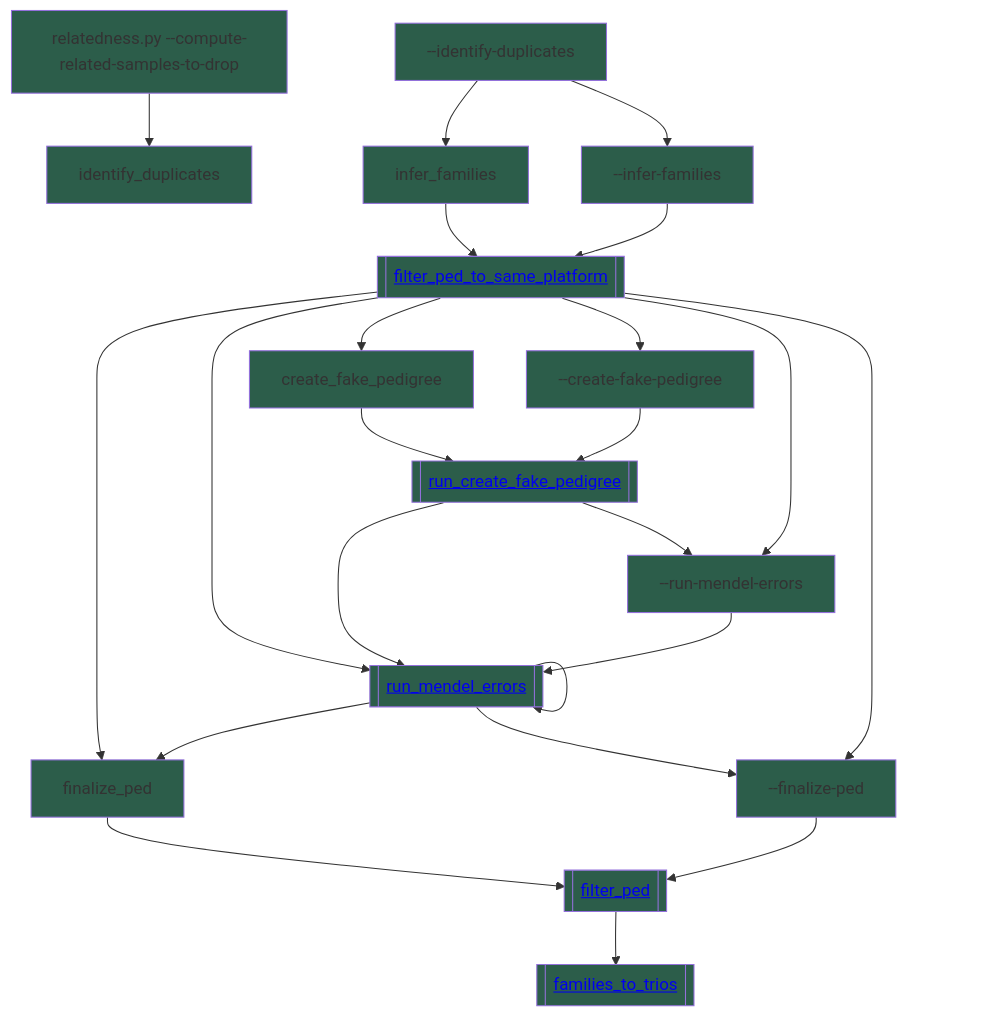
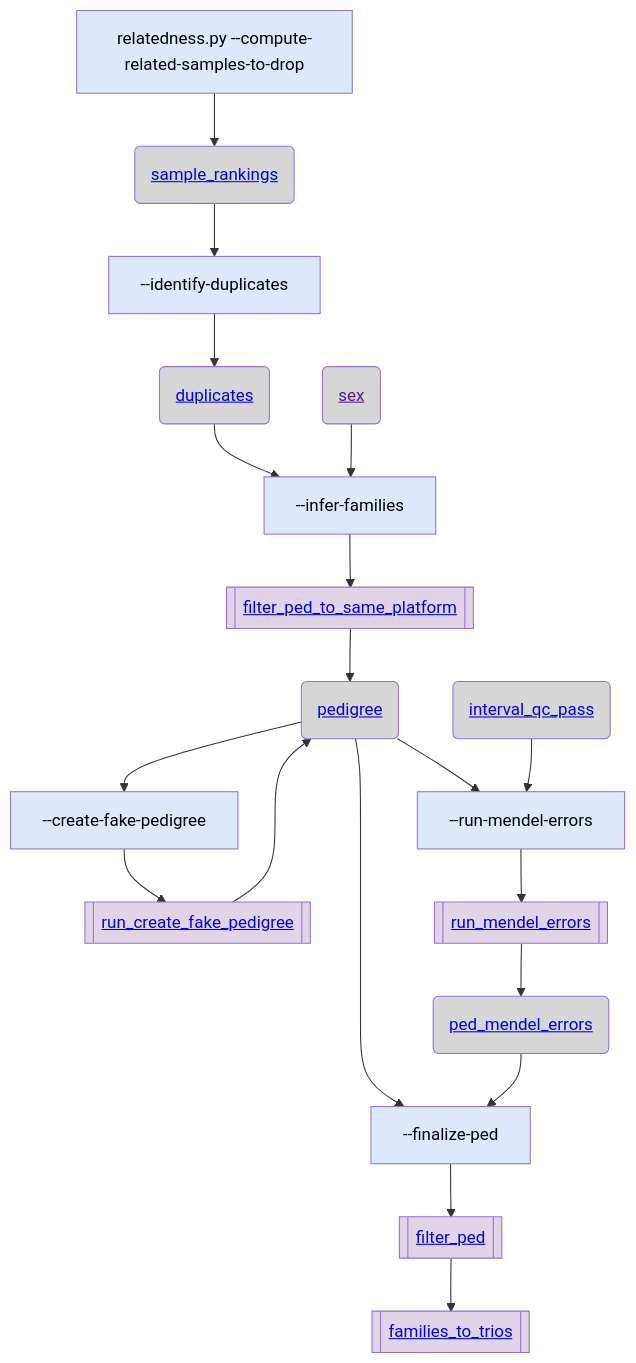
Before and after one commit to broadinstitute/gnomad_qc: the fourth of 4 diagrams in gnomad_qc/v4/sample_qc/README.md, drawn with Mermaid. The commit also changed other lines of this file and 6 other files, not shown here.

````diff
--- a/gnomad_qc/v4/sample_qc/README.md
+++ b/gnomad_qc/v4/sample_qc/README.md
@@ -212,32 +293,44 @@
 ```mermaid
 flowchart TB;
-  classDef script_color fill:#2C5D4A
-  classDef step_color fill:#2C5D4A
-  classDef func_color fill:#2C5D4A
-  classDef gnomad_methods_color fill:#2C5D4A
-  classDef hail_color fill:#2C5D4A
-  classDef resource_color fill:#2C5D4A
-  classDef validity_check_color fill:#2C5D4A
-  compute-related-samples-to-drop["relatedness.py --compute-related-samples-to-drop"]:::step_color --> identify_duplicates["identify_duplicates"]:::step_color;
-  identify-duplicates["--identify-duplicates"]:::step_color --> infer_families["infer_families"]:::step_color;
-  infer_families["infer_families"]:::step_color --> filter_ped_to_same_platform[["<a href='https://github.com/broadinstitute/gnomad_qc/tree/main/gnomad_qc/v4/sample_qc/identify_trios.py#L188'>filter_ped_to_same_platform</a>"]]:::func_color;
-  infer-families["--infer-families"]:::step_color --> filter_ped_to_same_platform[["<a href='https://github.com/broadinstitute/gnomad_qc/tree/main/gnomad_qc/v4/sample_qc/identify_trios.py#L188'>filter_ped_to_same_platform</a>"]]:::func_color;
-  filter_ped_to_same_platform[["<a href='https://github.com/broadinstitute/gnomad_qc/tree/main/gnomad_qc/v4/sample_qc/identify_trios.py#L188'>filter_ped_to_same_platform</a>"]]:::func_color --> create_fake_pedigree["create_fake_pedigree"]:::step_color;
-  create_fake_pedigree["create_fake_pedigree"]:::step_color --> run_create_fake_pedigree[["<a href='https://github.com/broadinstitute/gnomad_qc/tree/main/gnomad_qc/v4/sample_qc/identify_trios.py#L105'>run_create_fake_pedigree</a>"]]:::func_color;
-  filter_ped_to_same_platform[["<a href='https://github.com/broadinstitute/gnomad_qc/tree/main/gnomad_qc/v4/sample_qc/identify_trios.py#L188'>filter_ped_to_same_platform</a>"]]:::func_color --> run_mendel_errors["run_mendel_errors"]:::step_color;
-  run_mendel_errors["run_mendel_errors"]:::step_color --> run_mendel_errors[["<a href='https://github.com/broadinstitute/gnomad_qc/tree/main/gnomad_qc/v4/sample_qc/identify_trios.py#L140'>run_mendel_errors</a>"]]:::func_color;
-  create-fake-pedigree["--create-fake-pedigree"]:::step_color --> run_create_fake_pedigree[["<a href='https://github.com/broadinstitute/gnomad_qc/tree/main/gnomad_qc/v4/sample_qc/identify_trios.py#L105'>run_create_fake_pedigree</a>"]]:::func_color;
-  run_create_fake_pedigree[["<a href='https://github.com/broadinstitute/gnomad_qc/tree/main/gnomad_qc/v4/sample_qc/identify_trios.py#L105'>run_create_fake_pedigree</a>"]]:::func_color --> run_mendel_errors["run_mendel_errors"]:::step_color;
-  filter_ped_to_same_platform[["<a href='https://github.com/broadinstitute/gnomad_qc/tree/main/gnomad_qc/v4/sample_qc/identify_trios.py#L188'>filter_ped_to_same_platform</a>"]]:::func_color --> finalize_ped["finalize_ped"]:::step_color;
-  finalize_ped["finalize_ped"]:::step_color --> filter_ped[["<a href='https://github.com/broadinstitute/gnomad_qc/tree/main/gnomad_qc/v4/sample_qc/identify_trios.py#L218'>filter_ped</a>"]]:::func_color;
-  filter_ped[["<a href='https://github.com/broadinstitute/gnomad_qc/tree/main/gnomad_qc/v4/sample_qc/identify_trios.py#L218'>filter_ped</a>"]]:::func_color --> families_to_trios[["<a href='https://github.com/broadinstitute/gnomad_qc/tree/main/gnomad_qc/v4/sample_qc/identify_trios.py#L46'>families_to_trios</a>"]]:::func_color;
-  run-mendel-errors["--run-mendel-errors"]:::step_color --> run_mendel_errors[["<a href='https://github.com/broadinstitute/gnomad_qc/tree/main/gnomad_qc/v4/sample_qc/identify_trios.py#L140'>run_mendel_errors</a>"]]:::func_color;
-  run_mendel_errors[["<a href='https://github.com/broadinstitute/gnomad_qc/tree/main/gnomad_qc/v4/sample_qc/identify_trios.py#L140'>run_mendel_errors</a>"]]:::func_color --> finalize_ped["finalize_ped"]:::step_color;
-  identify-duplicates["--identify-duplicates"]:::step_color --> infer-families["--infer-families"]:::step_color;
-  filter_ped_to_same_platform[["<a href='https://github.com/broadinstitute/gnomad_qc/tree/main/gnomad_qc/v4/sample_qc/identify_trios.py#L188'>filter_ped_to_same_platform</a>"]]:::func_color --> create-fake-pedigree["--create-fake-pedigree"]:::step_color;
-  run_create_fake_pedigree[["<a href='https://github.com/broadinstitute/gnomad_qc/tree/main/gnomad_qc/v4/sample_qc/identify_trios.py#L105'>run_create_fake_pedigree</a>"]]:::func_color --> run-mendel-errors["--run-mendel-errors"]:::step_color;
-  run_mendel_errors[["<a href='https://github.com/broadinstitute/gnomad_qc/tree/main/gnomad_qc/v4/sample_qc/identify_trios.py#L140'>run_mendel_errors</a>"]]:::func_color --> finalize-ped["--finalize-ped"]:::step_color;
-  finalize-ped["--finalize-ped"]:::step_color --> filter_ped[["<a href='https://github.com/broadinstitute/gnomad_qc/tree/main/gnomad_qc/v4/sample_qc/identify_trios.py#L218'>filter_ped</a>"]]:::func_color;
-  filter_ped_to_same_platform[["<a href='https://github.com/broadinstitute/gnomad_qc/tree/main/gnomad_qc/v4/sample_qc/identify_trios.py#L188'>filter_ped_to_same_platform</a>"]]:::func_color --> run-mendel-errors["--run-mendel-errors"]:::step_color;
-  filter_ped_to_same_platform[["<a href='https://github.com/broadinstitute/gnomad_qc/tree/main/gnomad_qc/v4/sample_qc/identify_trios.py#L188'>filter_ped_to_same_platform</a>"]]:::func_color --> finalize-ped["--finalize-ped"]:::step_color;
+  classDef script_color fill:#2C5D4A,color:#000000
+  classDef step_color fill:#DDE9FB,color:#000000
+  classDef func_color fill:#E0D5E6,color:#000000
+  classDef gnomad_methods_color fill:#F9F2CE,color:#000000
+  classDef hail_color fill:#FAEACE,color:#000000
+  classDef resource_color fill:#D6D6D6,color:#000000
+  classDef validity_check_color fill:#2C5D4A,color:#000000
+  step_compute_related_samples_to_drop["relatedness.py --compute-related-samples-to-drop"]:::step_color;
+  resource_sample_rankings("<a href='https://github.com/broadinstitute/gnomad_qc/tree/main/gnomad_qc/v4/resources/sample_qc.py#L547'>sample_rankings</a>"):::resource_color;
+  step_identify_duplicates["--identify-duplicates"]:::step_color;
+  resource_duplicates("<a href='https://github.com/broadinstitute/gnomad_qc/tree/main/gnomad_qc/v4/resources/sample_qc.py#L895'>duplicates</a>"):::resource_color;
+  step_infer_families["--infer-families"]:::step_color;
+  func_filter_ped_to_same_platform[["<a href='https://github.com/broadinstitute/gnomad_qc/tree/main/gnomad_qc/v4/sample_qc/identify_trios.py#L188'>filter_ped_to_same_platform</a>"]]:::func_color;
+  resource_sex("<a href=''>sex</a>"):::resource_color;
+  resource_pedigree("<a href='https://github.com/broadinstitute/gnomad_qc/tree/main/gnomad_qc/v4/resources/sample_qc.py#L913'>pedigree</a>"):::resource_color;
+  step_create_fake_pedigree["--create-fake-pedigree"]:::step_color;
+  func_run_create_fake_pedigree[["<a href='https://github.com/broadinstitute/gnomad_qc/tree/main/gnomad_qc/v4/sample_qc/identify_trios.py#L105'>run_create_fake_pedigree</a>"]]:::func_color;
+  step_run_mendel_errors["--run-mendel-errors"]:::step_color;
+  func_run_mendel_errors[["<a href='https://github.com/broadinstitute/gnomad_qc/tree/main/gnomad_qc/v4/sample_qc/identify_trios.py#L140'>run_mendel_errors</a>"]]:::func_color;
+  resource_interval_qc_pass("<a href='https://github.com/broadinstitute/gnomad_qc/tree/main/gnomad_qc/v4/resources/sample_qc.py#L306'>interval_qc_pass</a>"):::resource_color;
+  step_finalize_ped["--finalize-ped"]:::step_color;
+  func_filter_ped[["<a href='https://github.com/broadinstitute/gnomad_qc/tree/main/gnomad_qc/v4/sample_qc/identify_trios.py#L218'>filter_ped</a>"]]:::func_color;
+  func_families_to_trios[["<a href='https://github.com/broadinstitute/gnomad_qc/tree/main/gnomad_qc/v4/sample_qc/identify_trios.py#L46'>families_to_trios</a>"]]:::func_color;
+  resource_ped_mendel_errors("<a href='https://github.com/broadinstitute/gnomad_qc/tree/main/gnomad_qc/v4/resources/sample_qc.py#L966'>ped_mendel_errors</a>"):::resource_color;  step_compute_related_samples_to_drop --> resource_sample_rankings;
+  resource_sample_rankings --> step_identify_duplicates;
+  step_identify_duplicates --> resource_duplicates;
+  resource_duplicates --> step_infer_families;
+  step_infer_families --> func_filter_ped_to_same_platform;
+  resource_sex --> step_infer_families;
+  func_filter_ped_to_same_platform --> resource_pedigree;
+  resource_pedigree --> step_create_fake_pedigree;
+  step_create_fake_pedigree --> func_run_create_fake_pedigree;
+  resource_pedigree --> step_run_mendel_errors;
+  step_run_mendel_errors --> func_run_mendel_errors;
+  func_run_create_fake_pedigree --> resource_pedigree;
+  resource_interval_qc_pass --> step_run_mendel_errors;
+  resource_pedigree --> step_finalize_ped;
+  step_finalize_ped --> func_filter_ped;
+  func_filter_ped --> func_families_to_trios;
+  func_run_mendel_errors --> resource_ped_mendel_errors;
+  resource_ped_mendel_errors --> step_finalize_ped;
 ```
````
